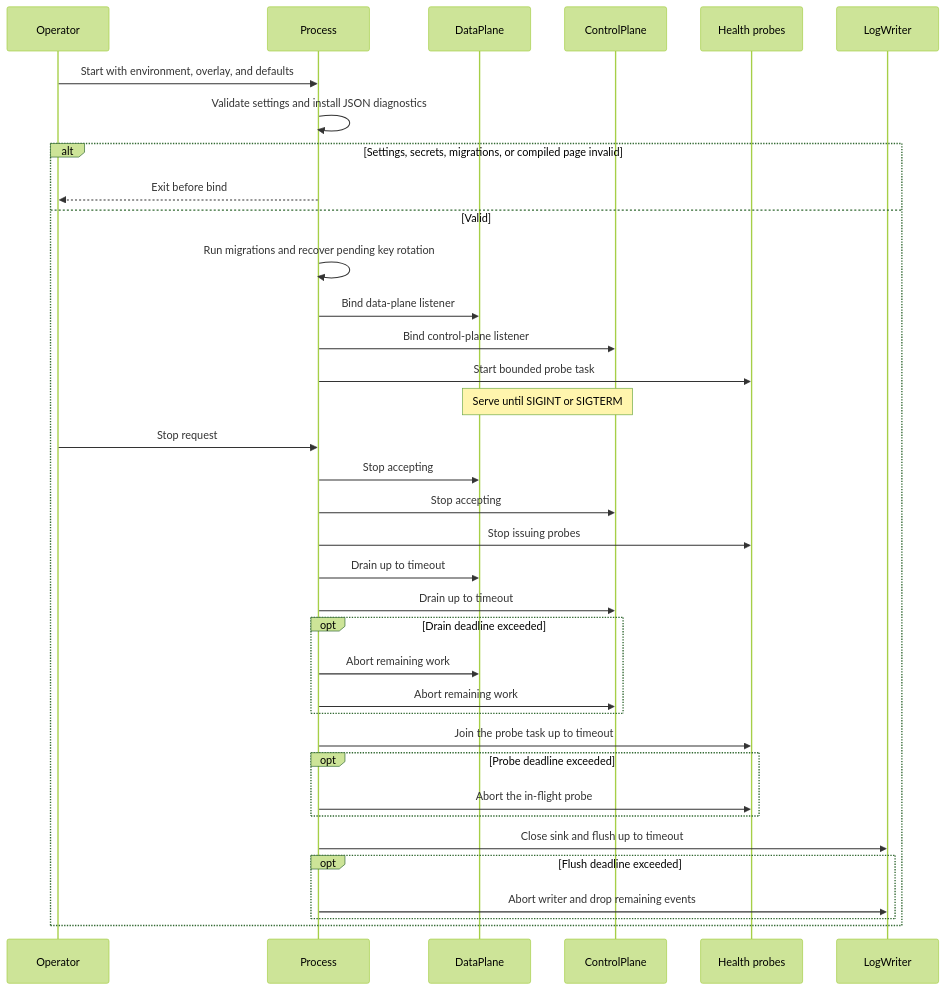
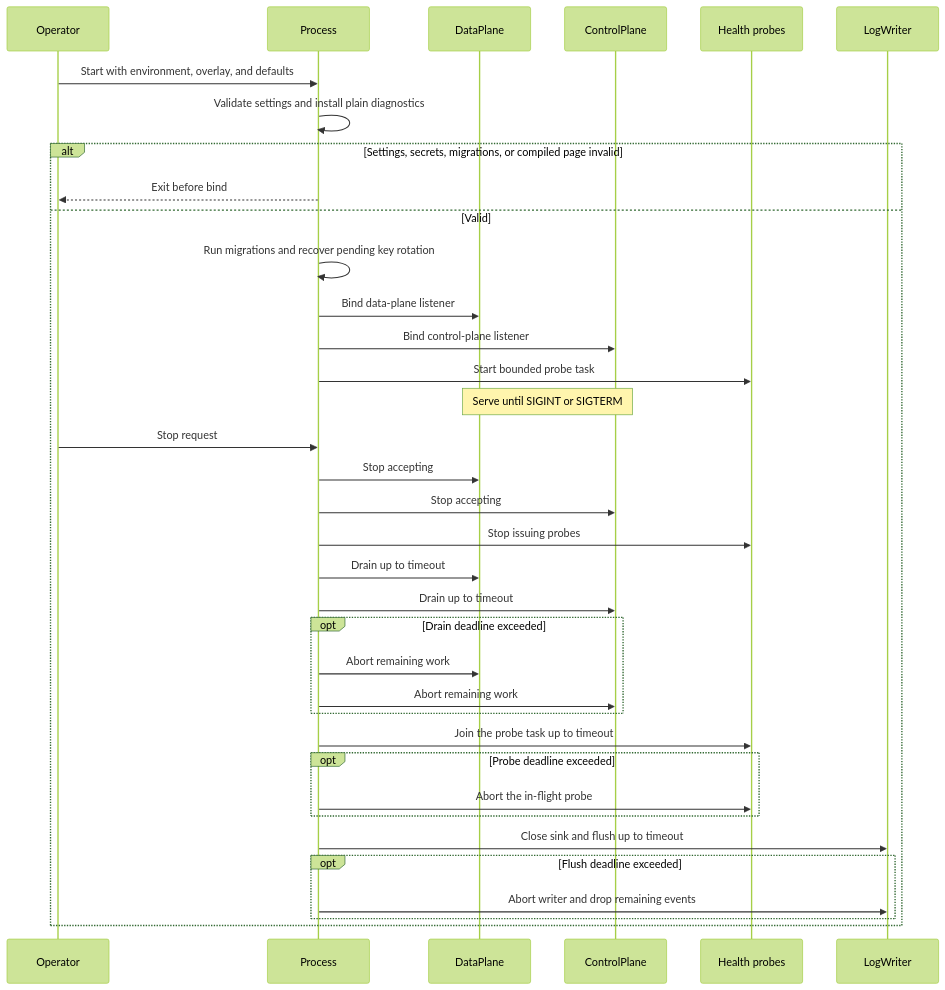
The diagram in doc/modules/process.md (sequencestream/tokenstream), drawn with Mermaid (forest theme) before and after one commit. The commit also changed other lines of this file and 17 other files, not shown here.

````diff
--- a/doc/modules/process.md
+++ b/doc/modules/process.md
@@ -23,39 +23,39 @@
 ```mermaid
 sequenceDiagram
     participant Op as Operator
     participant P as Process
     participant D as DataPlane
     participant C as ControlPlane
     participant H as Health probes
     participant L as LogWriter
 
     Op->>P: Start with environment, overlay, and defaults
-    P->>P: Validate settings and install JSON diagnostics
+    P->>P: Validate settings and install plain diagnostics
     alt Settings, secrets, migrations, or compiled page invalid
         P-->>Op: Exit before bind
     else Valid
         P->>P: Run migrations and recover pending key rotation
         P->>D: Bind data-plane listener
         P->>C: Bind control-plane listener
         P->>H: Start bounded probe task
         Note over D,C: Serve until SIGINT or SIGTERM
         Op->>P: Stop request
         P->>D: Stop accepting
         P->>C: Stop accepting
         P->>H: Stop issuing probes
         P->>D: Drain up to timeout
         P->>C: Drain up to timeout
         opt Drain deadline exceeded
             P->>D: Abort remaining work
             P->>C: Abort remaining work
         end
         P->>H: Join the probe task up to timeout
         opt Probe deadline exceeded
             P->>H: Abort the in-flight probe
         end
         P->>L: Close sink and flush up to timeout
         opt Flush deadline exceeded
             P->>L: Abort writer and drop remaining events
         end
     end
 ```
````
